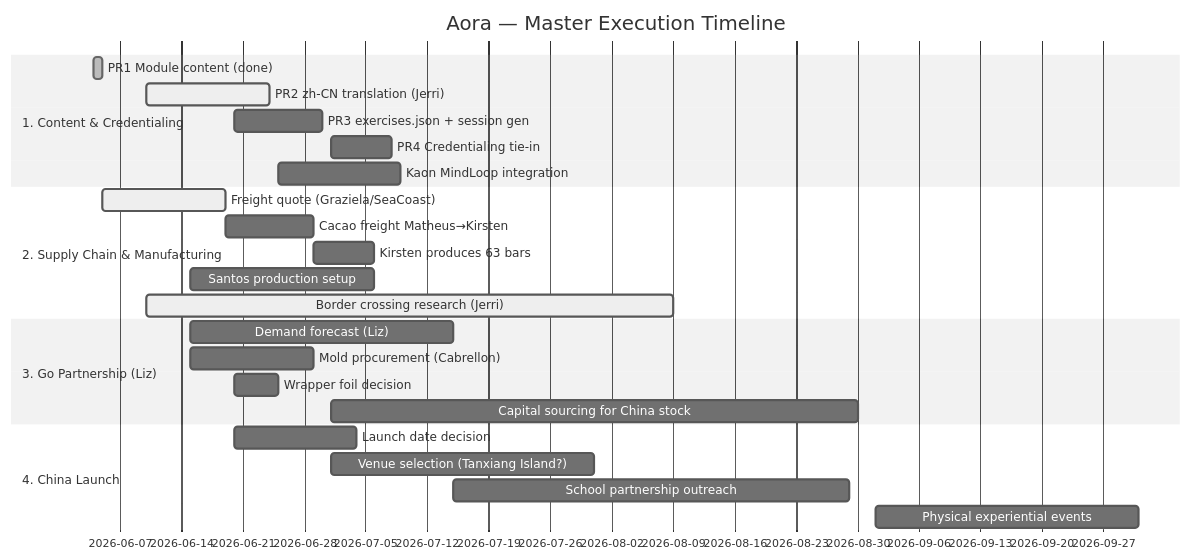
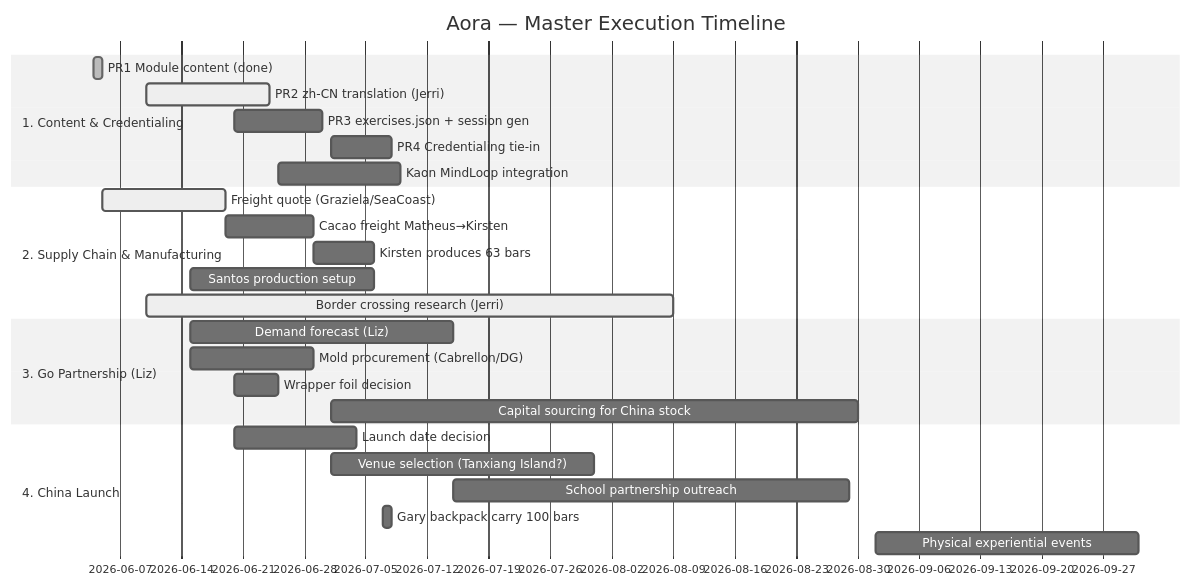
The diagram in AORA_EXPERIENCE_PLAN.md (TrueSightDAO/agentic_ai_context), drawn with Mermaid (neutral theme) before and after one commit. The commit also changed other lines of this file, not shown here.

Commit message:
Aora: 100-bar pilot logistics = Gary carries in backpack; simplify options

````diff
--- a/AORA_EXPERIENCE_PLAN.md
+++ b/AORA_EXPERIENCE_PLAN.md
@@ -23,31 +32,32 @@
 ```mermaid
 gantt
     title Aora — Master Execution Timeline
     dateFormat  YYYY-MM-DD
     
     section 1. Content & Credentialing
     PR1 Module content (done)           :done, 2026-06-04, 1d
     PR2 zh-CN translation (Jerri)       :active, 2026-06-10, 14d
     PR3 exercises.json + session gen    :2026-06-20, 10d
     PR4 Credentialing tie-in            :2026-07-01, 7d
     Kaon MindLoop integration           :2026-06-25, 14d
     
     section 2. Supply Chain & Manufacturing
     Freight quote (Graziela/SeaCoast)   :active, 2026-06-05, 14d
     Cacao freight Matheus→Kirsten       :2026-06-19, 10d
     Kirsten produces 63 bars            :2026-06-29, 7d
     Santos production setup             :2026-06-15, 21d
     Border crossing research (Jerri)    :active, 2026-06-10, 60d
     
     section 3. Go Partnership (Liz)
     Demand forecast (Liz)               :2026-06-15, 30d
-    Mold procurement (Cabrellon)        :2026-06-15, 14d
+    Mold procurement (Cabrellon/DG)     :2026-06-15, 14d
     Wrapper foil decision               :2026-06-20, 5d
     Capital sourcing for China stock    :2026-07-01, 60d
     
     section 4. China Launch
     Launch date decision                :2026-06-20, 14d
     Venue selection (Tanxiang Island?)  :2026-07-01, 30d
     School partnership outreach         :2026-07-15, 45d
+    Gary backpack carry 100 bars        :2026-07-07, 1d
     Physical experiential events        :2026-09-01, 30d
 ```
````
